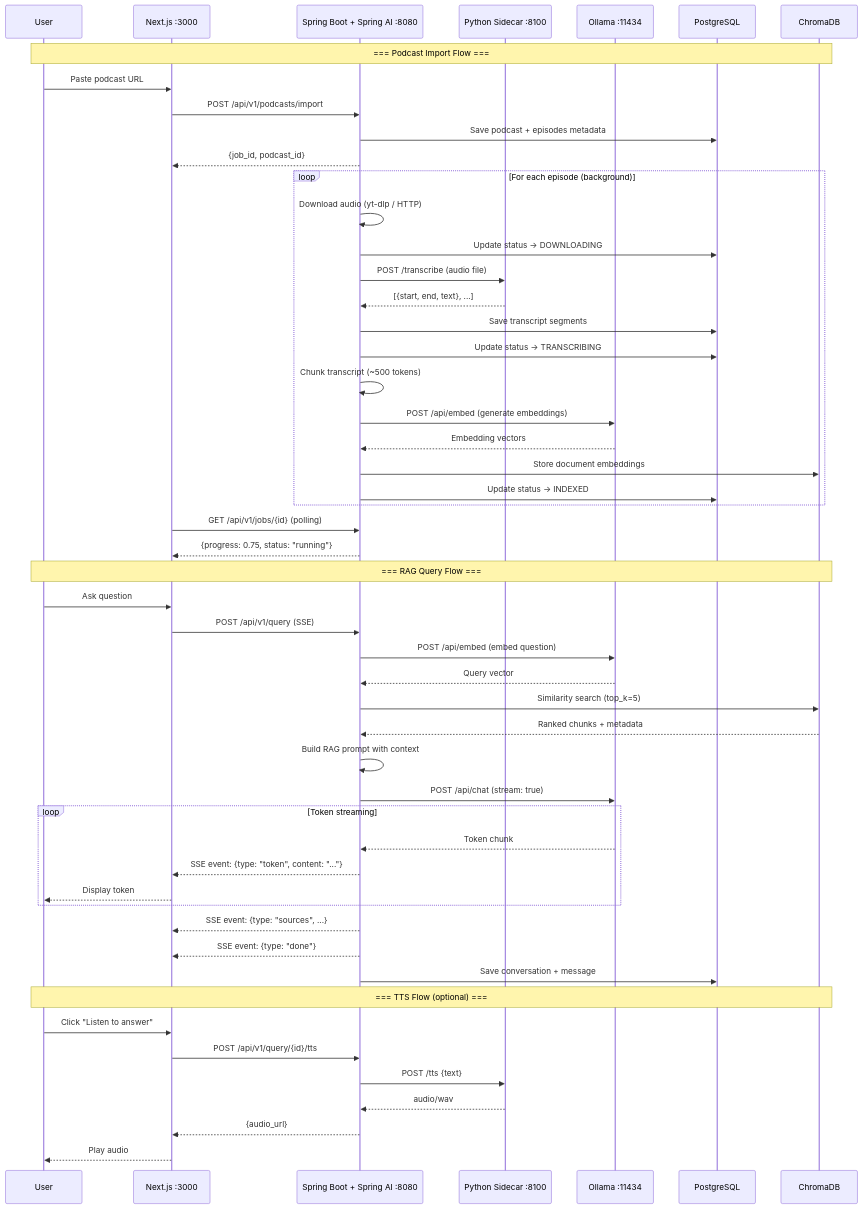
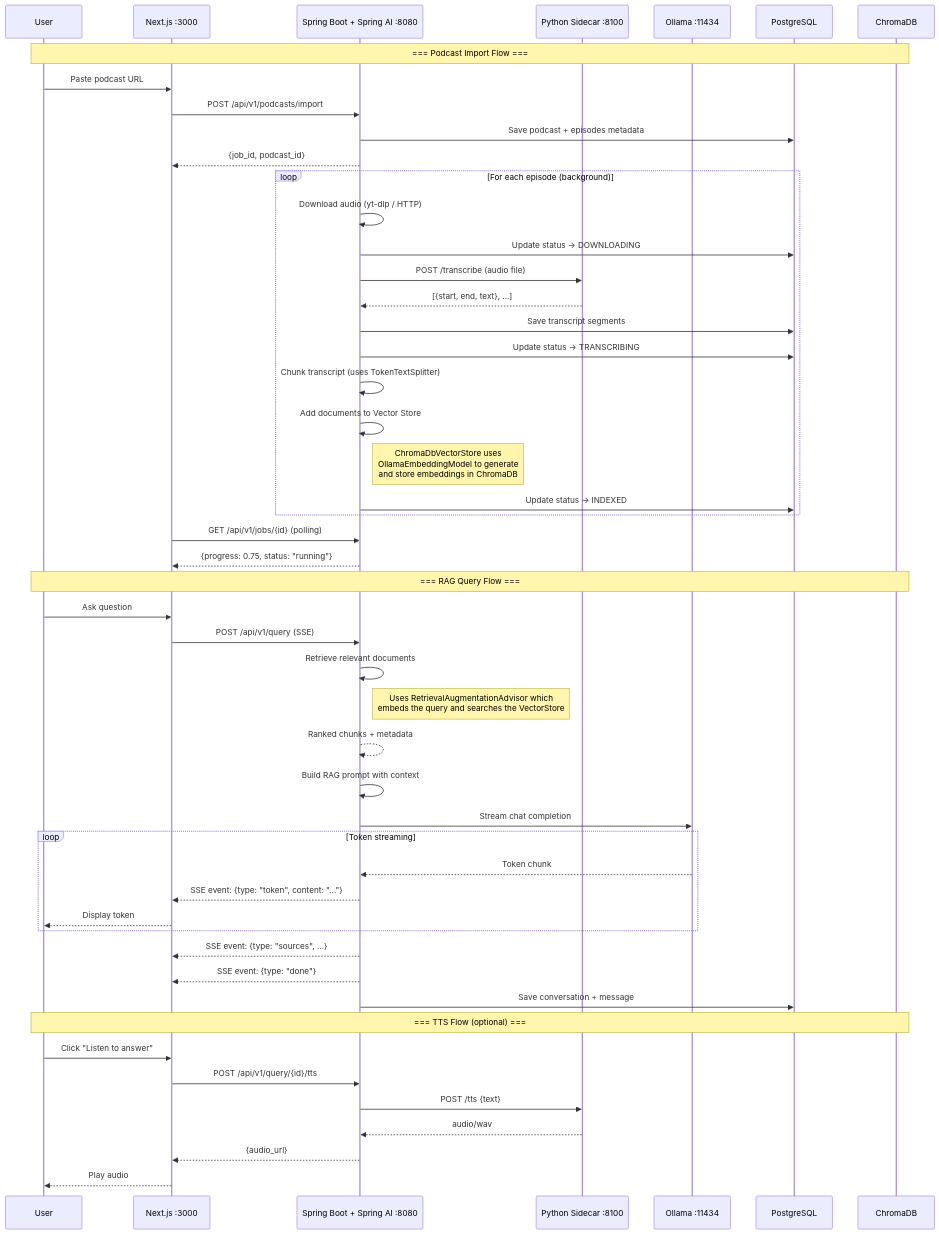
One commit to jsohi/localloom changed the sixth of 7 diagrams in docs/DIAGRAMS.md. Above: the diagram before and after it, drawn with Mermaid. The commit also changed other lines of this file and 1 other file, not shown here.

Commit message:
Address PR review: fix version consistency and diagram accuracy
- Normalize Spring Boot version to 4.0 across all docs (was 4.0.4)
- Add Services → Chunker and Services → VectorStore connections
- Remove misleading Chunker → EmbedModel dependency
- Use high-level descriptions in sequence diagrams instead of raw API calls
- Abstract import/query flows through Spring AI components

````diff
--- a/docs/DIAGRAMS.md
+++ b/docs/DIAGRAMS.md
@@ -287,65 +288,63 @@
 ```mermaid
 sequenceDiagram
     participant User
     participant Frontend as Next.js :3000
     participant API as Spring Boot + Spring AI :8080
     participant Sidecar as Python Sidecar :8100
     participant Ollama as Ollama :11434
     participant DB as PostgreSQL
     participant ChromaDB
 
     Note over User,ChromaDB: === Podcast Import Flow ===
 
     User->>Frontend: Paste podcast URL
     Frontend->>API: POST /api/v1/podcasts/import
     API->>DB: Save podcast + episodes metadata
     API-->>Frontend: {job_id, podcast_id}
 
     loop For each episode (background)
         API->>API: Download audio (yt-dlp / HTTP)
         API->>DB: Update status → DOWNLOADING
         API->>Sidecar: POST /transcribe (audio file)
         Sidecar-->>API: [{start, end, text}, ...]
         API->>DB: Save transcript segments
         API->>DB: Update status → TRANSCRIBING
-        API->>API: Chunk transcript (~500 tokens)
-        API->>Ollama: POST /api/embed (generate embeddings)
-        Ollama-->>API: Embedding vectors
-        API->>ChromaDB: Store document embeddings
+        API->>API: Chunk transcript (uses TokenTextSplitter)
+        API->>API: Add documents to Vector Store
+        Note right of API: ChromaDbVectorStore uses<br/>OllamaEmbeddingModel to generate<br/>and store embeddings in ChromaDB
         API->>DB: Update status → INDEXED
     end
 
     Frontend->>API: GET /api/v1/jobs/{id} (polling)
     API-->>Frontend: {progress: 0.75, status: "running"}
 
     Note over User,ChromaDB: === RAG Query Flow ===
 
     User->>Frontend: Ask question
     Frontend->>API: POST /api/v1/query (SSE)
-    API->>Ollama: POST /api/embed (embed question)
-    Ollama-->>API: Query vector
-    API->>ChromaDB: Similarity search (top_k=5)
-    ChromaDB-->>API: Ranked chunks + metadata
+    API->>API: Retrieve relevant documents
+    Note right of API: Uses RetrievalAugmentationAdvisor which<br/>embeds the query and searches the VectorStore
+    API-->>API: Ranked chunks + metadata
 
     API->>API: Build RAG prompt with context
-    API->>Ollama: POST /api/chat (stream: true)
+    API->>Ollama: Stream chat completion
 
     loop Token streaming
         Ollama-->>API: Token chunk
         API-->>Frontend: SSE event: {type: "token", content: "..."}
         Frontend-->>User: Display token
     end
 
     API-->>Frontend: SSE event: {type: "sources", ...}
     API-->>Frontend: SSE event: {type: "done"}
     API->>DB: Save conversation + message
 
     Note over User,ChromaDB: === TTS Flow (optional) ===
 
     User->>Frontend: Click "Listen to answer"
     Frontend->>API: POST /api/v1/query/{id}/tts
     API->>Sidecar: POST /tts {text}
     Sidecar-->>API: audio/wav
     API-->>Frontend: {audio_url}
     Frontend-->>User: Play audio
 ```
````
